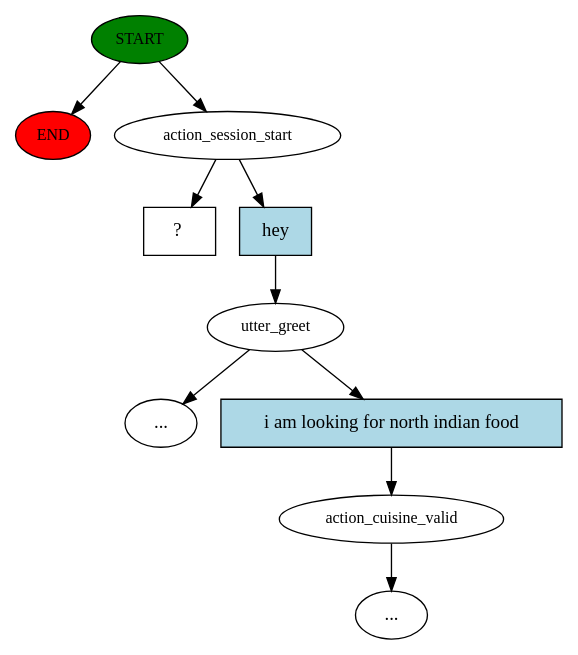
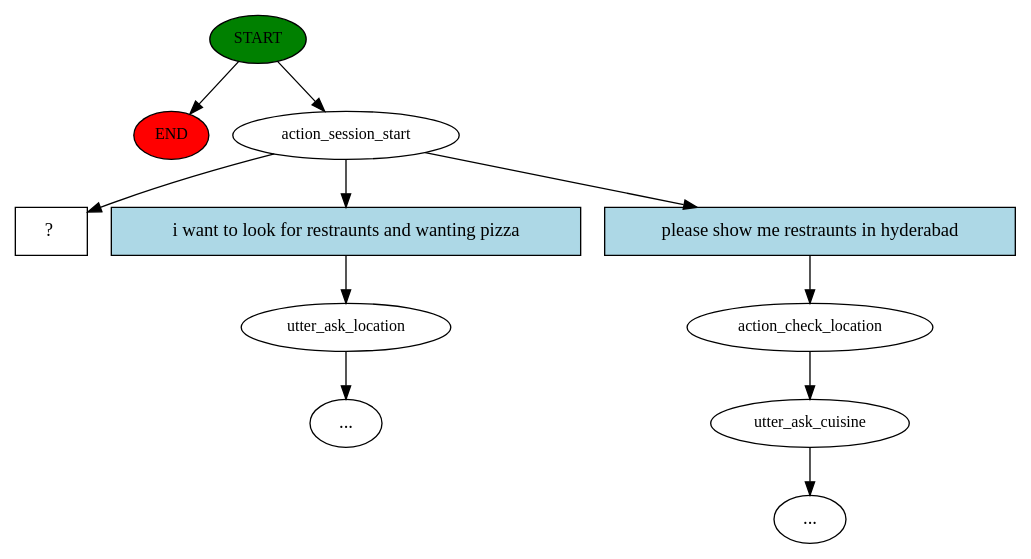
The diagram in chat_bot/story_graph.dot (amitbcp/machine_learning_problems), drawn with Graphviz before and after one commit. The commit also changed 3 other files, not shown here.

```diff
--- a/chat_bot/story_graph.dot
+++ b/chat_bot/story_graph.dot
@@ -1,21 +1,23 @@
 digraph  {
 0 [class="start active", fillcolor=green, fontsize=12, label=START, style=filled];
 "-1" [class=end, fillcolor=red, fontsize=12, label=END, style=filled];
 1 [class=active, fontsize=12, label=action_session_start];
-2 [class="", fontsize=12, label=utter_greet];
+2 [class="", fontsize=12, label=utter_ask_location];
 "-3" [class=ellipsis, label="..."];
-5 [class="", fontsize=12, label=action_cuisine_valid];
+4 [class="", fontsize=12, label=action_check_location];
+5 [class="", fontsize=12, label=utter_ask_cuisine];
 "-4" [class=ellipsis, label="..."];
 7 [class="intent dashed active", label="  ?  ", shape=rect];
-8 [class=intent, fillcolor=lightblue, label=hey, shape=rect, style=filled];
-9 [class=intent, fillcolor=lightblue, label="i am looking for north indian food", shape=rect, style=filled];
+8 [class=intent, fillcolor=lightblue, label="i want to look for restraunts and wanting pizza", shape=rect, style=filled];
+9 [class=intent, fillcolor=lightblue, label="please show me restraunts in hyderabad", shape=rect, style=filled];
 0 -> "-1"  [class="", key=NONE, label=""];
 0 -> 1  [class=active, key=NONE, label=""];
 1 -> 7  [class=active, key=NONE, label=""];
 1 -> 8  [class="", key=0];
+1 -> 9  [class="", key=0];
 2 -> "-3"  [class="", key=NONE, label=""];
-2 -> 9  [class="", key=0];
+4 -> 5  [class="", key=NONE, label=""];
 5 -> "-4"  [class="", key=NONE, label=""];
 8 -> 2  [class="", key=0];
-9 -> 5  [class="", key=0];
+9 -> 4  [class="", key=0];
 }
```
